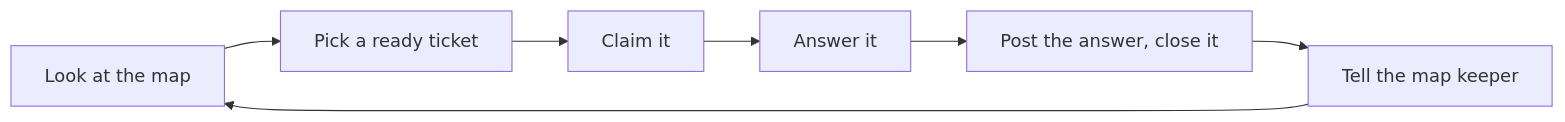
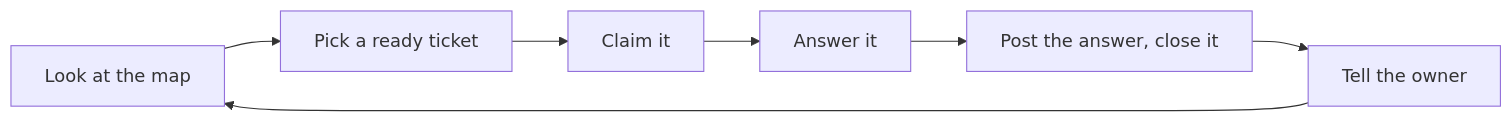
Before and after one commit to geadlydrim/appbuildersph-hackathon: the diagram in docs/team-guide.md, drawn with Mermaid. The commit also changed other lines of this file and 16 other files, not shown here.

````diff
--- a/docs/team-guide.md
+++ b/docs/team-guide.md
@@ -66,9 +68,9 @@
 ```mermaid
 flowchart LR
     A[Look at the map] --> B[Pick a ready ticket]
     B --> C[Claim it]
     C --> D[Answer it]
     D --> E[Post the answer, close it]
-    E --> F[Tell the map keeper]
+    E --> F[Tell the owner]
     F --> A
 ```
````
